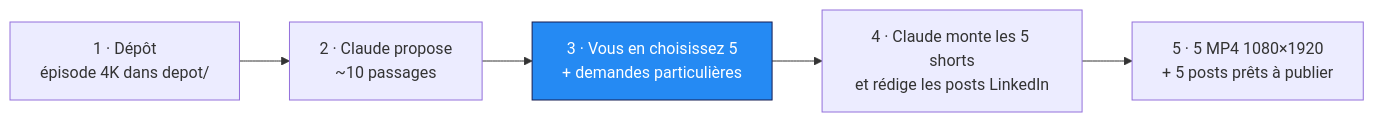
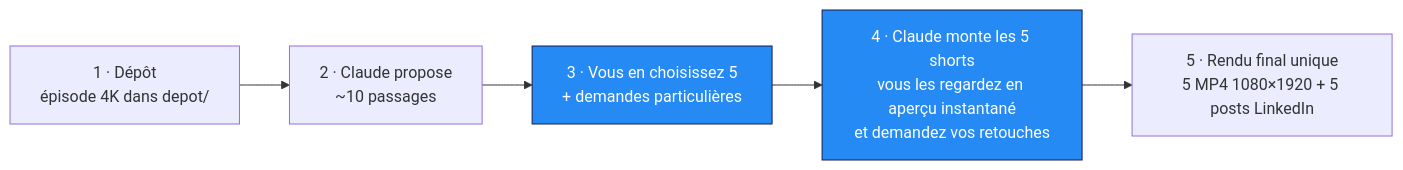
Before and after one commit to arthurw31/podcast-clipper: the diagram in README.md, drawn with Mermaid. The commit also changed other lines of this file and 5 other files, not shown here.

Commit message:
Aperçu instantané intégré au workflow : preview (Studio en arrière-plan, un port par short, --stop), validation avant le rendu final ; skill et schémas à jour

````diff
--- a/README.md
+++ b/README.md
@@ -19,9 +19,9 @@
 ```mermaid
 flowchart LR
     A["1 · Dépôt<br/>épisode 4K dans depot/"] --> B["2 · Claude propose<br/>~10 passages"]
     B --> C["3 · Vous en choisissez 5<br/>+ demandes particulières"]
-    C --> D["4 · Claude monte les 5 shorts<br/>et rédige les posts LinkedIn"]
-    D --> E["5 · 5 MP4 1080×1920<br/>+ 5 posts prêts à publier"]
+    C --> D["4 · Claude monte les 5 shorts<br/>vous les regardez en aperçu instantané<br/>et demandez vos retouches"]
+    D --> E["5 · Rendu final unique<br/>5 MP4 1080×1920 + 5 posts LinkedIn"]
     classDef human fill:#258AF3,color:#fff,stroke:#151D53;
-    class C human;
+    class C,D human;
 ```
````
